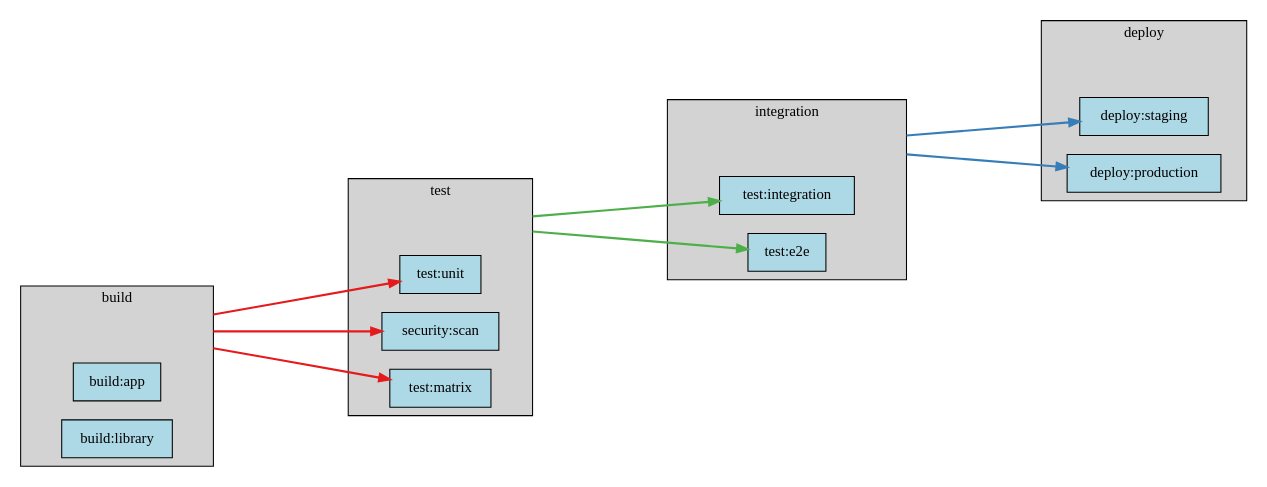
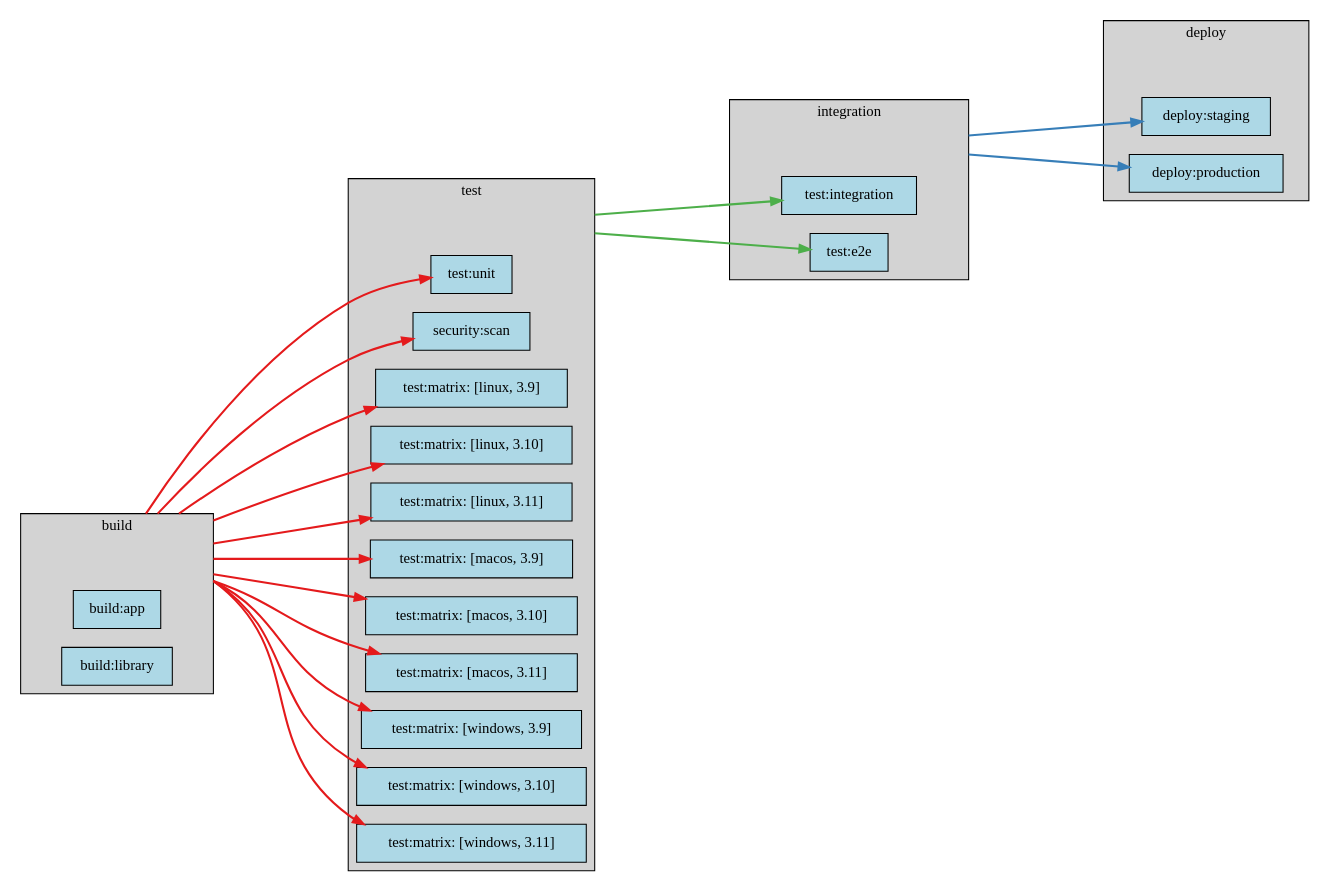
Before and after one commit to eisbaw/gitlab_local_ci: the diagram in test_ci_projects/proj12.output_reference/dag.dot, drawn with Graphviz. The commit also changed 22 other files, not shown here.

```diff
--- a/test_ci_projects/proj12.output_reference/dag.dot
+++ b/test_ci_projects/proj12.output_reference/dag.dot
@@ -1,59 +1,75 @@
 digraph pipeline {
   rankdir="LR";
   ranksep=2;
   compound=true;
   node [shape=box, style=filled, fillcolor=lightblue];
 
   subgraph cluster_build {
     label="build";
     style=filled;
     fillcolor=lightgrey;
 
     __stage_anchor_build [style=invis, width=0, height=0];
 
     build_app [label="build:app", tooltip="---\nretry: 2\ntimeout: 30m\ninterruptible: true\nimage: alpine:latest\ntags:\n- docker\nbefore_script:\n- apk add --no-cache git curl bash\n- echo \"Dependencies installed\"\n- export PATH=\"$PATH:/usr/local/bin\"\n- echo \"Environment configured\"\nartifacts:\n  expire_in: 1 week\n  paths:\n  - build/\n  - dist/\nstage: build\nvariables:\n  BUILD_ENV: 'true'\nscript:\n- echo \"Building application...\"\n- mkdir -p build\n- echo \"app build\" > build/app.txt\nrules:\n- if: $CI_PIPELINE_SOURCE == \"merge_request_event\"\n- if: $CI_COMMIT_BRANCH == \"main\" || $CI_COMMIT_BRANCH == \"master\"\n- if: \"$CI_COMMIT_TAG\"\n"];
     build_library [label="build:library", tooltip="---\nretry: 2\ntimeout: 30m\ninterruptible: true\nimage: alpine:latest\ntags:\n- docker\nbefore_script:\n- apk add --no-cache git curl bash\n- echo \"Dependencies installed\"\n- export PATH=\"$PATH:/usr/local/bin\"\n- echo \"Environment configured\"\nartifacts:\n  expire_in: 1 week\n  paths:\n  - build/\n  - dist/\nstage: build\nvariables:\n  BUILD_TYPE: library\nscript:\n- echo \"Building library...\"\n- mkdir -p build\n- echo \"lib build\" > build/lib.txt\nrules:\n- if: $CI_PIPELINE_SOURCE == \"merge_request_event\"\n- if: $CI_COMMIT_BRANCH == \"main\" || $CI_COMMIT_BRANCH == \"master\"\n- if: \"$CI_COMMIT_TAG\"\n"];
   }
 
   subgraph cluster_test {
     label="test";
     style=filled;
     fillcolor=lightgrey;
 
     __stage_anchor_test [style=invis, width=0, height=0];
 
     test_unit [label="test:unit", tooltip="---\nretry: 2\ntimeout: 30m\ninterruptible: true\nimage: alpine:latest\ntags:\n- docker\nbefore_script:\n- apk add --no-cache git curl bash\n- echo \"Dependencies installed\"\n- export PATH=\"$PATH:/usr/local/bin\"\n- echo \"Environment configured\"\ncache:\n  key: \"${CI_COMMIT_REF_SLUG}\"\n  paths:\n  - \".cache/\"\n  - vendor/\nstage: test\nvariables:\n  TEST_ENV: 'true'\nscript:\n- echo \"Running unit tests...\"\n- echo \"All unit tests passed\"\ncoverage: \"/Coverage: \\\\d+\\\\.\\\\d+%/\"\n"];
     security_scan [label="security:scan", tooltip="---\nretry: 2\ntimeout: 30m\ninterruptible: true\nimage: aquasec/trivy:latest\nstage: test\nscript:\n- echo \"Running security scan...\"\n- echo \"Security scan completed\"\nallow_failure: true\n"];
-    test_matrix [label="test:matrix", tooltip="---\nretry: 2\ntimeout: 30m\ninterruptible: true\nimage: alpine:latest\ntags:\n- docker\nbefore_script:\n- apk add --no-cache git curl bash\n- echo \"Dependencies installed\"\n- export PATH=\"$PATH:/usr/local/bin\"\n- echo \"Environment configured\"\ncache:\n  key: \"${CI_COMMIT_REF_SLUG}\"\n  paths:\n  - \".cache/\"\n  - vendor/\nstage: test\nvariables:\n  TEST_ENV: 'true'\nparallel:\n  matrix:\n  - PLATFORM:\n    - linux\n    - macos\n    - windows\n    VERSION:\n    - '3.9'\n    - '3.10'\n    - '3.11'\nscript:\n- echo \"Testing on ${PLATFORM} with version ${VERSION}\"\n- echo \"Matrix test completed\"\n"];
+    test_matrix___linux__3_9_ [label="test:matrix: [linux, 3.9]", tooltip="---\nretry: 2\ntimeout: 30m\ninterruptible: true\nimage: alpine:latest\ntags:\n- docker\nbefore_script:\n- apk add --no-cache git curl bash\n- echo \"Dependencies installed\"\n- export PATH=\"$PATH:/usr/local/bin\"\n- echo \"Environment configured\"\ncache:\n  key: \"${CI_COMMIT_REF_SLUG}\"\n  paths:\n  - \".cache/\"\n  - vendor/\nstage: test\nvariables:\n  TEST_ENV: 'true'\n  PLATFORM: linux\n  VERSION: '3.9'\nparallel:\n  instance: 1\n  total: 9\nscript:\n- echo \"Testing on ${PLATFORM} with version ${VERSION}\"\n- echo \"Matrix test completed\"\n"];
+    test_matrix___linux__3_10_ [label="test:matrix: [linux, 3.10]", tooltip="---\nretry: 2\ntimeout: 30m\ninterruptible: true\nimage: alpine:latest\ntags:\n- docker\nbefore_script:\n- apk add --no-cache git curl bash\n- echo \"Dependencies installed\"\n- export PATH=\"$PATH:/usr/local/bin\"\n- echo \"Environment configured\"\ncache:\n  key: \"${CI_COMMIT_REF_SLUG}\"\n  paths:\n  - \".cache/\"\n  - vendor/\nstage: test\nvariables:\n  TEST_ENV: 'true'\n  PLATFORM: linux\n  VERSION: '3.10'\nparallel:\n  instance: 2\n  total: 9\nscript:\n- echo \"Testing on ${PLATFORM} with version ${VERSION}\"\n- echo \"Matrix test completed\"\n"];
+    test_matrix___linux__3_11_ [label="test:matrix: [linux, 3.11]", tooltip="---\nretry: 2\ntimeout: 30m\ninterruptible: true\nimage: alpine:latest\ntags:\n- docker\nbefore_script:\n- apk add --no-cache git curl bash\n- echo \"Dependencies installed\"\n- export PATH=\"$PATH:/usr/local/bin\"\n- echo \"Environment configured\"\ncache:\n  key: \"${CI_COMMIT_REF_SLUG}\"\n  paths:\n  - \".cache/\"\n  - vendor/\nstage: test\nvariables:\n  TEST_ENV: 'true'\n  PLATFORM: linux\n  VERSION: '3.11'\nparallel:\n  instance: 3\n  total: 9\nscript:\n- echo \"Testing on ${PLATFORM} with version ${VERSION}\"\n- echo \"Matrix test completed\"\n"];
+    test_matrix___macos__3_9_ [label="test:matrix: [macos, 3.9]", tooltip="---\nretry: 2\ntimeout: 30m\ninterruptible: true\nimage: alpine:latest\ntags:\n- docker\nbefore_script:\n- apk add --no-cache git curl bash\n- echo \"Dependencies installed\"\n- export PATH=\"$PATH:/usr/local/bin\"\n- echo \"Environment configured\"\ncache:\n  key: \"${CI_COMMIT_REF_SLUG}\"\n  paths:\n  - \".cache/\"\n  - vendor/\nstage: test\nvariables:\n  TEST_ENV: 'true'\n  PLATFORM: macos\n  VERSION: '3.9'\nparallel:\n  instance: 4\n  total: 9\nscript:\n- echo \"Testing on ${PLATFORM} with version ${VERSION}\"\n- echo \"Matrix test completed\"\n"];
+    test_matrix___macos__3_10_ [label="test:matrix: [macos, 3.10]", tooltip="---\nretry: 2\ntimeout: 30m\ninterruptible: true\nimage: alpine:latest\ntags:\n- docker\nbefore_script:\n- apk add --no-cache git curl bash\n- echo \"Dependencies installed\"\n- export PATH=\"$PATH:/usr/local/bin\"\n- echo \"Environment configured\"\ncache:\n  key: \"${CI_COMMIT_REF_SLUG}\"\n  paths:\n  - \".cache/\"\n  - vendor/\nstage: test\nvariables:\n  TEST_ENV: 'true'\n  PLATFORM: macos\n  VERSION: '3.10'\nparallel:\n  instance: 5\n  total: 9\nscript:\n- echo \"Testing on ${PLATFORM} with version ${VERSION}\"\n- echo \"Matrix test completed\"\n"];
+    test_matrix___macos__3_11_ [label="test:matrix: [macos, 3.11]", tooltip="---\nretry: 2\ntimeout: 30m\ninterruptible: true\nimage: alpine:latest\ntags:\n- docker\nbefore_script:\n- apk add --no-cache git curl bash\n- echo \"Dependencies installed\"\n- export PATH=\"$PATH:/usr/local/bin\"\n- echo \"Environment configured\"\ncache:\n  key: \"${CI_COMMIT_REF_SLUG}\"\n  paths:\n  - \".cache/\"\n  - vendor/\nstage: test\nvariables:\n  TEST_ENV: 'true'\n  PLATFORM: macos\n  VERSION: '3.11'\nparallel:\n  instance: 6\n  total: 9\nscript:\n- echo \"Testing on ${PLATFORM} with version ${VERSION}\"\n- echo \"Matrix test completed\"\n"];
+    test_matrix___windows__3_9_ [label="test:matrix: [windows, 3.9]", tooltip="---\nretry: 2\ntimeout: 30m\ninterruptible: true\nimage: alpine:latest\ntags:\n- docker\nbefore_script:\n- apk add --no-cache git curl bash\n- echo \"Dependencies installed\"\n- export PATH=\"$PATH:/usr/local/bin\"\n- echo \"Environment configured\"\ncache:\n  key: \"${CI_COMMIT_REF_SLUG}\"\n  paths:\n  - \".cache/\"\n  - vendor/\nstage: test\nvariables:\n  TEST_ENV: 'true'\n  PLATFORM: windows\n  VERSION: '3.9'\nparallel:\n  instance: 7\n  total: 9\nscript:\n- echo \"Testing on ${PLATFORM} with version ${VERSION}\"\n- echo \"Matrix test completed\"\n"];
+    test_matrix___windows__3_10_ [label="test:matrix: [windows, 3.10]", tooltip="---\nretry: 2\ntimeout: 30m\ninterruptible: true\nimage: alpine:latest\ntags:\n- docker\nbefore_script:\n- apk add --no-cache git curl bash\n- echo \"Dependencies installed\"\n- export PATH=\"$PATH:/usr/local/bin\"\n- echo \"Environment configured\"\ncache:\n  key: \"${CI_COMMIT_REF_SLUG}\"\n  paths:\n  - \".cache/\"\n  - vendor/\nstage: test\nvariables:\n  TEST_ENV: 'true'\n  PLATFORM: windows\n  VERSION: '3.10'\nparallel:\n  instance: 8\n  total: 9\nscript:\n- echo \"Testing on ${PLATFORM} with version ${VERSION}\"\n- echo \"Matrix test completed\"\n"];
+    test_matrix___windows__3_11_ [label="test:matrix: [windows, 3.11]", tooltip="---\nretry: 2\ntimeout: 30m\ninterruptible: true\nimage: alpine:latest\ntags:\n- docker\nbefore_script:\n- apk add --no-cache git curl bash\n- echo \"Dependencies installed\"\n- export PATH=\"$PATH:/usr/local/bin\"\n- echo \"Environment configured\"\ncache:\n  key: \"${CI_COMMIT_REF_SLUG}\"\n  paths:\n  - \".cache/\"\n  - vendor/\nstage: test\nvariables:\n  TEST_ENV: 'true'\n  PLATFORM: windows\n  VERSION: '3.11'\nparallel:\n  instance: 9\n  total: 9\nscript:\n- echo \"Testing on ${PLATFORM} with version ${VERSION}\"\n- echo \"Matrix test completed\"\n"];
   }
 
   subgraph cluster_integration {
     label="integration";
     style=filled;
     fillcolor=lightgrey;
 
     __stage_anchor_integration [style=invis, width=0, height=0];
 
     test_integration [label="test:integration", tooltip="---\nretry: 2\ntimeout: 30m\ninterruptible: true\nimage: alpine:latest\ntags:\n- docker\nbefore_script:\n- apk add --no-cache git curl bash\n- echo \"Dependencies installed\"\n- export PATH=\"$PATH:/usr/local/bin\"\n- echo \"Environment configured\"\ncache:\n  key: \"${CI_COMMIT_REF_SLUG}\"\n  paths:\n  - \".cache/\"\n  - vendor/\nstage: integration\nvariables:\n  TEST_ENV: 'true'\nscript:\n- echo \"Running integration tests...\"\n- echo \"Integration tests completed\"\ndependencies:\n- build:app\n"];
     test_e2e [label="test:e2e", tooltip="---\nretry: 3\ntimeout: 30m\ninterruptible: true\nimage: cypress/base:latest\ntags:\n- docker\nbefore_script:\n- apk add --no-cache git curl bash\n- echo \"Dependencies installed\"\n- export PATH=\"$PATH:/usr/local/bin\"\n- echo \"Environment configured\"\ncache:\n  key: \"${CI_COMMIT_REF_SLUG}\"\n  paths:\n  - \".cache/\"\n  - vendor/\nstage: integration\nvariables:\n  TEST_ENV: 'true'\nscript:\n- echo \"Running E2E tests...\"\n- echo \"E2E tests completed\"\ndependencies:\n- build:app\n- build:library\n"];
   }
 
   subgraph cluster_deploy {
     label="deploy";
     style=filled;
     fillcolor=lightgrey;
 
     __stage_anchor_deploy [style=invis, width=0, height=0];
 
     deploy_staging [label="deploy:staging", tooltip="---\nretry: 2\ntimeout: 30m\ninterruptible: true\nimage: alpine:latest\ntags:\n- docker\nbefore_script:\n- apk add --no-cache git curl bash\n- echo \"Dependencies installed\"\n- export PATH=\"$PATH:/usr/local/bin\"\n- echo \"Environment configured\"\nstage: deploy\nscript:\n- echo \"Deploying to staging...\"\n- echo \"Staging deployment complete\"\nenvironment:\n  name: staging\n  url: https://staging.example.com\nonly:\n- main\ndependencies:\n- build:app\n"];
     deploy_production [label="deploy:production", tooltip="---\nretry: 2\ntimeout: 30m\ninterruptible: true\nimage: alpine:latest\ntags:\n- docker\nbefore_script:\n- apk add --no-cache git curl bash\n- echo \"Dependencies installed\"\n- export PATH=\"$PATH:/usr/local/bin\"\n- echo \"Environment configured\"\nstage: deploy\nscript:\n- echo \"Deploying to production...\"\n- echo \"Production deployment complete\"\nenvironment:\n  name: production\n  url: https://production.example.com\nwhen: manual\nonly:\n- tags\ndependencies:\n- build:app\n- build:library\n"];
   }
 
   __stage_anchor_build -> test_unit [ltail=cluster_build, style=bold, color="#E41A1C"];
   __stage_anchor_test -> test_integration [ltail=cluster_test, style=bold, color="#4DAF4A"];
   __stage_anchor_test -> test_e2e [ltail=cluster_test, style=bold, color="#4DAF4A"];
   __stage_anchor_integration -> deploy_staging [ltail=cluster_integration, style=bold, color="#377EB8"];
   __stage_anchor_integration -> deploy_production [ltail=cluster_integration, style=bold, color="#377EB8"];
   __stage_anchor_build -> security_scan [ltail=cluster_build, style=bold, color="#E41A1C"];
-  __stage_anchor_build -> test_matrix [ltail=cluster_build, style=bold, color="#E41A1C"];
+  __stage_anchor_build -> test_matrix___linux__3_9_ [ltail=cluster_build, style=bold, color="#E41A1C"];
+  __stage_anchor_build -> test_matrix___linux__3_10_ [ltail=cluster_build, style=bold, color="#E41A1C"];
+  __stage_anchor_build -> test_matrix___linux__3_11_ [ltail=cluster_build, style=bold, color="#E41A1C"];
+  __stage_anchor_build -> test_matrix___macos__3_9_ [ltail=cluster_build, style=bold, color="#E41A1C"];
+  __stage_anchor_build -> test_matrix___macos__3_10_ [ltail=cluster_build, style=bold, color="#E41A1C"];
+  __stage_anchor_build -> test_matrix___macos__3_11_ [ltail=cluster_build, style=bold, color="#E41A1C"];
+  __stage_anchor_build -> test_matrix___windows__3_9_ [ltail=cluster_build, style=bold, color="#E41A1C"];
+  __stage_anchor_build -> test_matrix___windows__3_10_ [ltail=cluster_build, style=bold, color="#E41A1C"];
+  __stage_anchor_build -> test_matrix___windows__3_11_ [ltail=cluster_build, style=bold, color="#E41A1C"];
 }
```
